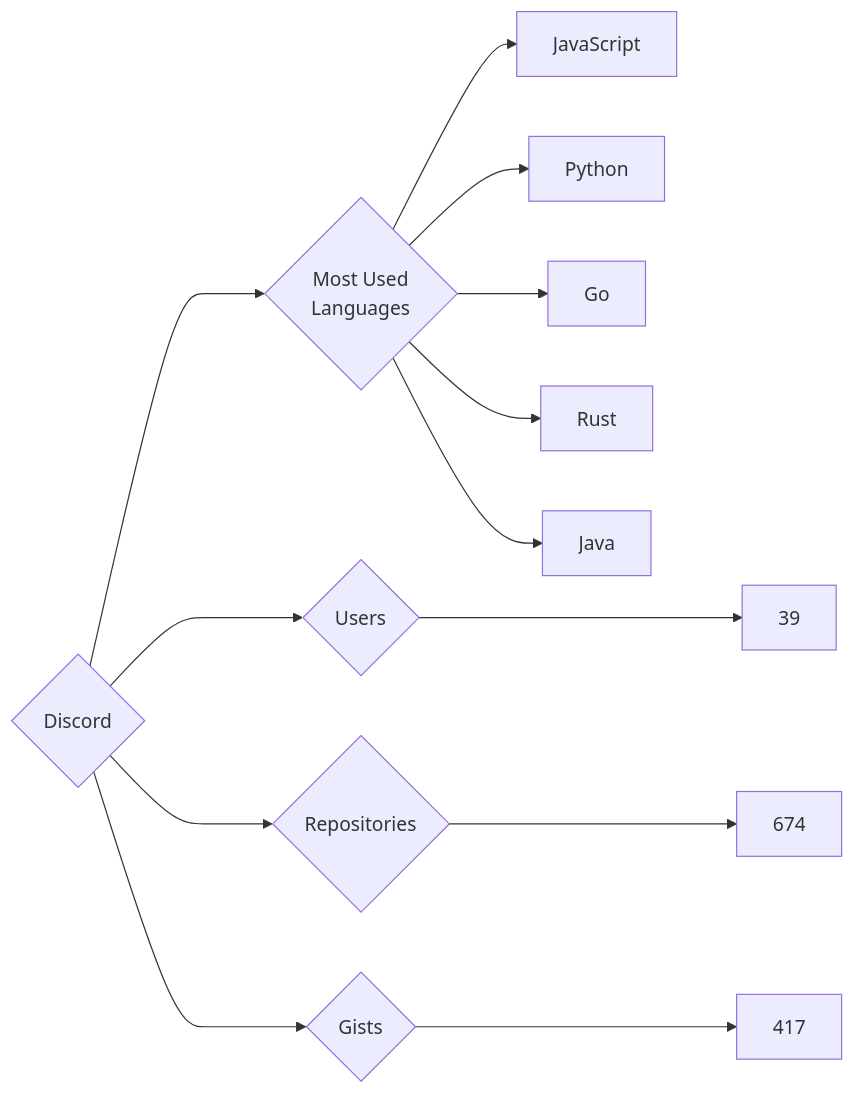
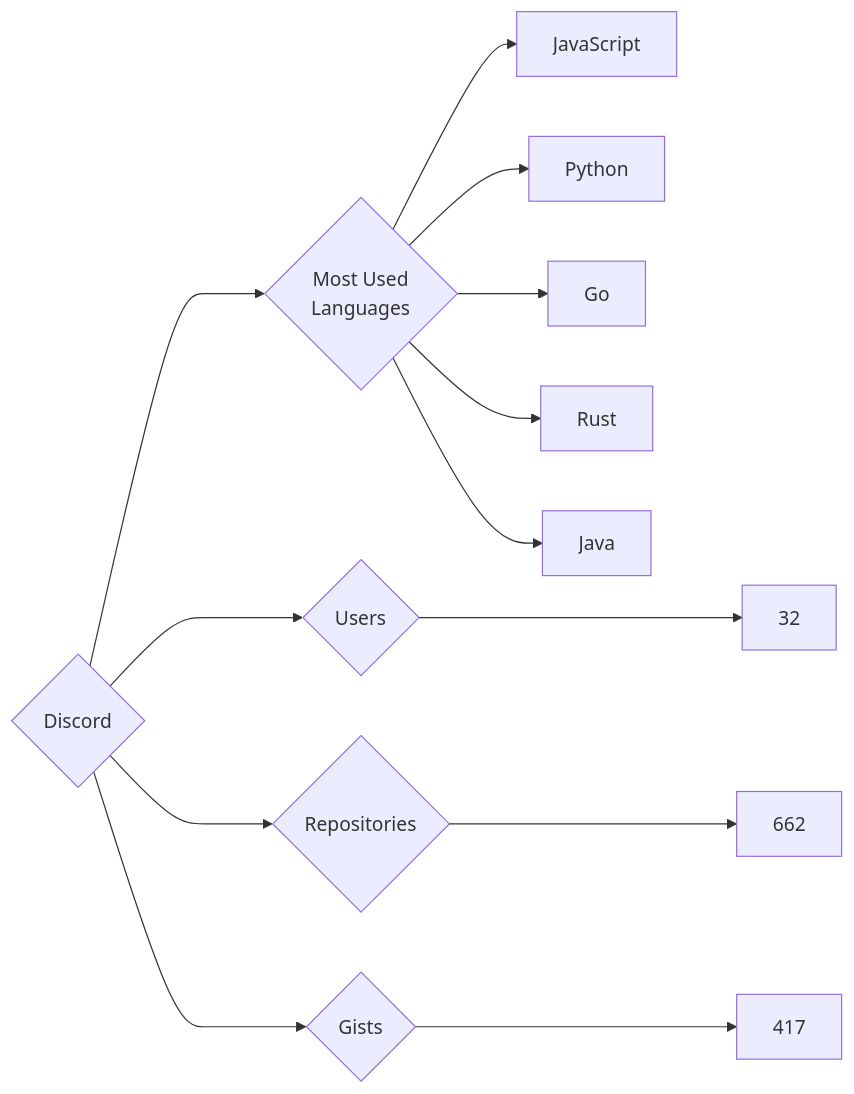
Before and after one commit to trickest/insiders: the diagram in targets/Discord/README.md, drawn with Mermaid. The commit also changed 639 other files, not shown here.

````diff
--- a/targets/Discord/README.md
+++ b/targets/Discord/README.md
@@ -3,13 +3,13 @@
 ```mermaid
 graph LR
 COMPANY_NAME{Discord}
-COMPANY_NAME ---> U{Users} ---> UN[39]
-COMPANY_NAME ---> R{Repositories} ---> RN[674]
+COMPANY_NAME ---> U{Users} ---> UN[32]
+COMPANY_NAME ---> R{Repositories} ---> RN[662]
 COMPANY_NAME ---> G{Gists} ---> GN[417]
 COMPANY_NAME ---> ML{Most Used<br>Languages}
 ML --> JavaScript[JavaScript]
 ML --> Python[Python]
 ML --> Go[Go]
 ML --> Rust[Rust]
 ML --> Java[Java]
 ```
````
